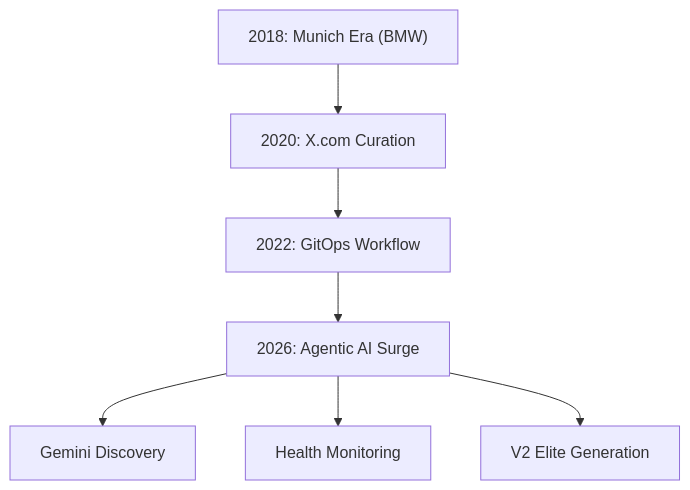
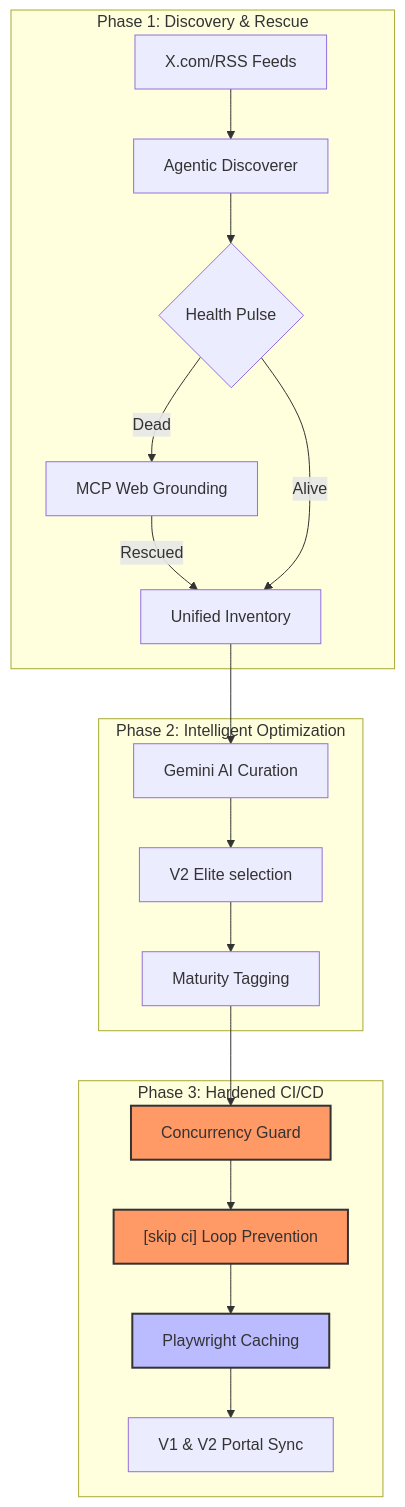
Before and after one commit to sec-js/awesome-kubernetes: the fourth of 10 diagrams in README.md, drawn with Mermaid. The commit also changed other lines of this file and 1 other file, not shown here.

Commit message:
docs: update architecture diagram and enhance V2 reporting metrics [skip ci]

````diff
--- a/README.md
+++ b/README.md
@@ -267,9 +269,27 @@
 ```mermaid
 graph TD
-    A["2018: Munich Era (BMW)"] --> B["2020: X.com Curation"]
-    B --> C["2022: GitOps Workflow"]
-    C --> D["2026: Agentic AI Surge"]
-    D --> E["Gemini Discovery"]
-    D --> F["Health Monitoring"]
-    D --> G["V2 Elite Generation"]
+    subgraph "Phase 1: Discovery & Rescue"
+        A["X.com/RSS Feeds"] --> B["Agentic Discoverer"]
+        B --> C{"Health Pulse"}
+        C -- "Dead" --> D["MCP Web Grounding"]
+        D -- "Rescued" --> E["Unified Inventory"]
+        C -- "Alive" --> E
+    end
+
+    subgraph "Phase 2: Intelligent Optimization"
+        E --> F["Gemini AI Curation"]
+        F --> G["V2 Elite selection"]
+        G --> H["Maturity Tagging"]
+    end
+
+    subgraph "Phase 3: Hardened CI/CD"
+        H --> I["Concurrency Guard"]
+        I --> J["[skip ci] Loop Prevention"]
+        J --> K["Playwright Caching"]
+        K --> L["V1 & V2 Portal Sync"]
+    end
+
+    style I fill:#f96,stroke:#333,stroke-width:2px
+    style J fill:#f96,stroke:#333,stroke-width:2px
+    style K fill:#bbf,stroke:#333,stroke-width:2px
 ```
````
